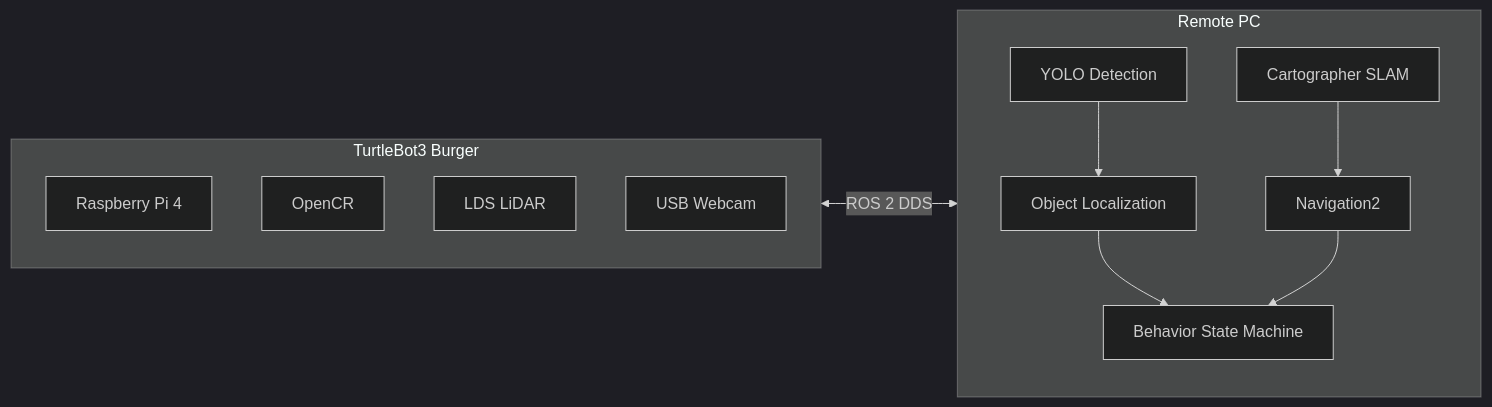
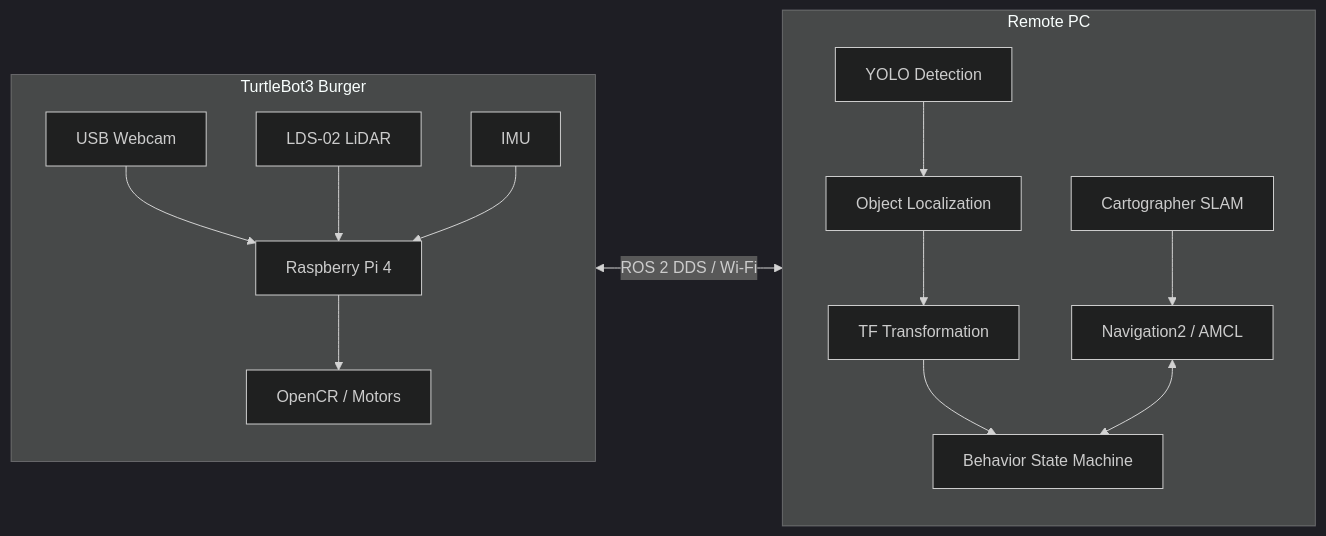
Before and after one commit to jjy020302/Nav2gather: the first of 2 diagrams in README.md, drawn with Mermaid (dark theme). The commit also changed other lines of this file, not shown here.

````diff
--- a/README.md
+++ b/README.md
@@ -85,24 +52,32 @@
 ```mermaid
 flowchart LR
+    subgraph TB3[TurtleBot3 Burger]
+        direction TB
+        CAM[USB Webcam]
+        LIDAR[LDS-02 LiDAR]
+        IMU[IMU]
+        PI[Raspberry Pi 4]
+        OPENCR[OpenCR / Motors]
+
+        CAM --> PI
+        LIDAR --> PI
+        IMU --> PI
+        PI --> OPENCR
+    end
+
     subgraph PC[Remote PC]
         direction TB
         CARTO[Cartographer SLAM]
-        NAV2[Navigation2]
+        NAV2[Navigation2 / AMCL]
         YOLO[YOLO Detection]
         LOC[Object Localization]
+        TF[TF Transformation]
         BHV[Behavior State Machine]
 
-        YOLO --> LOC --> BHV
-        CARTO --> NAV2 --> BHV
+        YOLO --> LOC --> TF --> BHV
+        CARTO --> NAV2
+        NAV2 <--> BHV
     end
 
-    subgraph TB3[TurtleBot3 Burger]
-        direction TB
-        PI[Raspberry Pi 4]
-        OPENCR[OpenCR]
-        LIDAR[LDS LiDAR]
-        CAM[USB Webcam]
-    end
-
-    TB3 <-->|ROS 2 DDS| PC
+    TB3 <-->|ROS 2 DDS / Wi-Fi| PC
 ```
````
